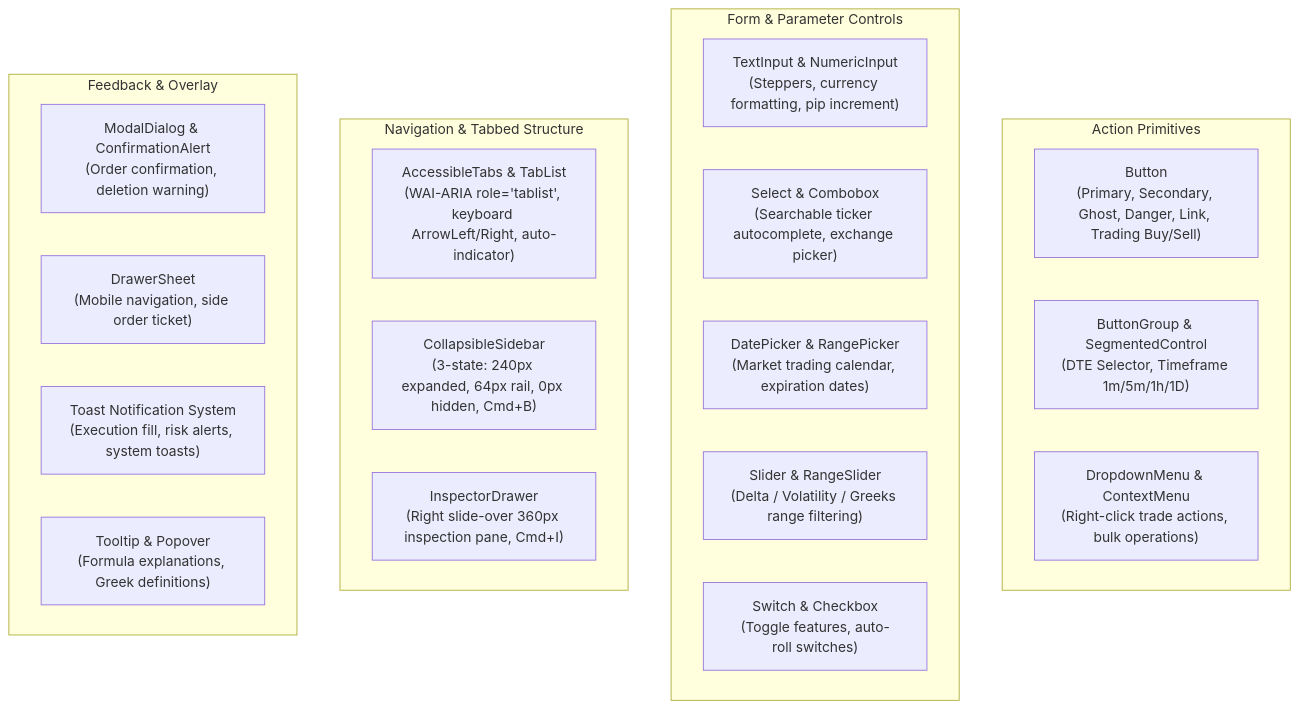
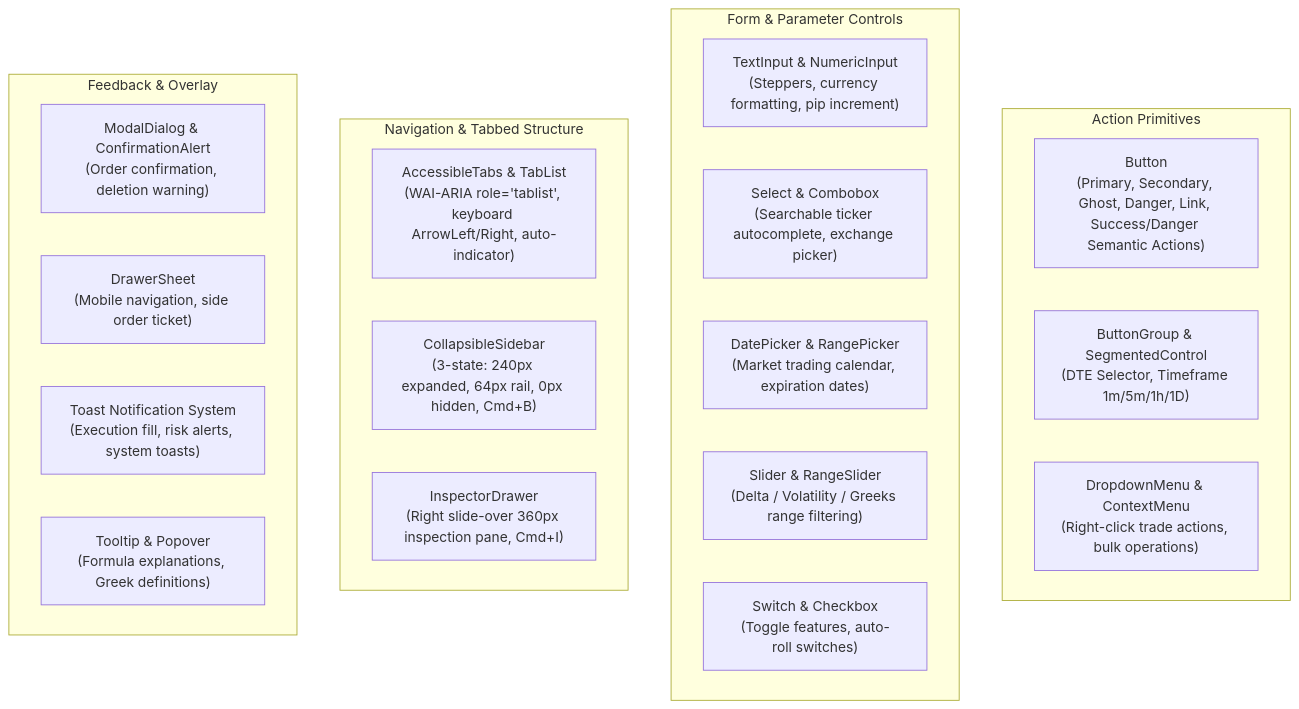
The diagram in .nb/plan/master/enterprise-ui-design-system/modules/02_core_component_library.md (lakhwindersingh/nb_fairyfly), drawn with Mermaid before and after one commit. The commit also changed other lines of this file and 25 other files, not shown here.

````diff
--- a/.nb/plan/master/enterprise-ui-design-system/modules/02_core_component_library.md
+++ b/.nb/plan/master/enterprise-ui-design-system/modules/02_core_component_library.md
@@ -16,29 +16,29 @@
 ```mermaid
 graph TD
   subgraph Actions["Action Primitives"]
-    Button["Button<br/>(Primary, Secondary, Ghost, Danger, Link, Trading Buy/Sell)"]
+    Button["Button<br/>(Primary, Secondary, Ghost, Danger, Link, Success/Danger Semantic Actions)"]
     ButtonGroup["ButtonGroup & SegmentedControl<br/>(DTE Selector, Timeframe 1m/5m/1h/1D)"]
     DropdownMenu["DropdownMenu & ContextMenu<br/>(Right-click trade actions, bulk operations)"]
   end
 
   subgraph Inputs["Form & Parameter Controls"]
     TextInput["TextInput & NumericInput<br/>(Steppers, currency formatting, pip increment)"]
     Select["Select & Combobox<br/>(Searchable ticker autocomplete, exchange picker)"]
     DatePicker["DatePicker & RangePicker<br/>(Market trading calendar, expiration dates)"]
     Slider["Slider & RangeSlider<br/>(Delta / Volatility / Greeks range filtering)"]
     Switch["Switch & Checkbox<br/>(Toggle features, auto-roll switches)"]
   end
 
   subgraph Navigation["Navigation & Tabbed Structure"]
     AccessibleTabs["AccessibleTabs & TabList<br/>(WAI-ARIA role='tablist', keyboard ArrowLeft/Right, auto-indicator)"]
     CollapsibleSidebar["CollapsibleSidebar<br/>(3-state: 240px expanded, 64px rail, 0px hidden, Cmd+B)"]
     InspectorDrawer["InspectorDrawer<br/>(Right slide-over 360px inspection pane, Cmd+I)"]
   end
 
   subgraph Feedback["Feedback & Overlay"]
     ModalDialog["ModalDialog & ConfirmationAlert<br/>(Order confirmation, deletion warning)"]
     DrawerSheet["DrawerSheet<br/>(Mobile navigation, side order ticket)"]
     Toast["Toast Notification System<br/>(Execution fill, risk alerts, system toasts)"]
     Tooltip["Tooltip & Popover<br/>(Formula explanations, Greek definitions)"]
   end
 ```
````
